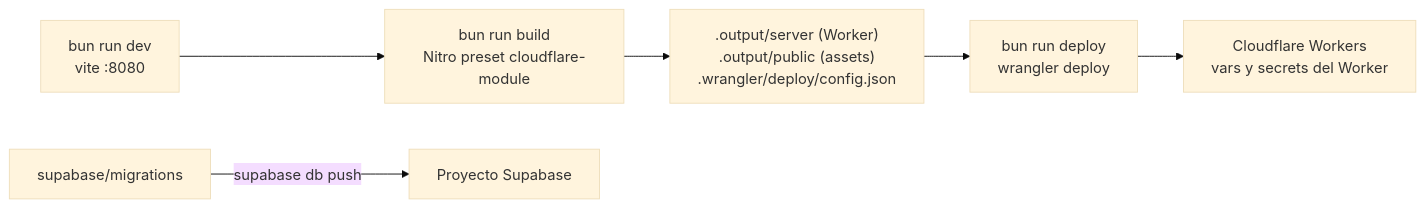
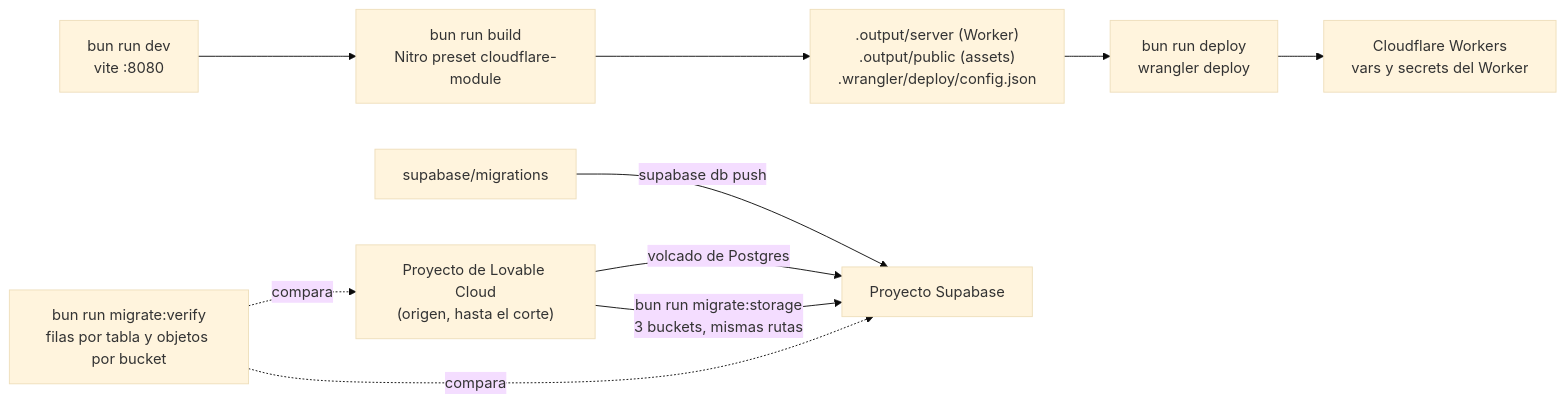
The fifth of 5 diagrams in docs/arquitectura.md (gaby26203/planeii), drawn with Mermaid (base theme) before and after one commit. The commit also changed other lines of this file and 12 other files, not shown here.

````diff
--- a/docs/arquitectura.md
+++ b/docs/arquitectura.md
@@ -228,8 +228,12 @@
 ```mermaid
 flowchart LR
   DEV["bun run dev<br/>vite :8080"] --> BUILD["bun run build<br/>Nitro preset cloudflare-module"]
   BUILD --> OUT[".output/server (Worker)<br/>.output/public (assets)<br/>.wrangler/deploy/config.json"]
   OUT --> DEPLOY["bun run deploy<br/>wrangler deploy"]
   DEPLOY --> CF["Cloudflare Workers<br/>vars y secrets del Worker"]
   MIG["supabase/migrations"] -->|"supabase db push"| SB["Proyecto Supabase"]
+  OLD["Proyecto de Lovable Cloud<br/>(origen, hasta el corte)"] -->|"volcado de Postgres"| SB
+  OLD -->|"bun run migrate:storage<br/>3 buckets, mismas rutas"| SB
+  VER["bun run migrate:verify<br/>filas por tabla y objetos por bucket"] -.->|"compara"| OLD
+  VER -.->|"compara"| SB
 ```
````
